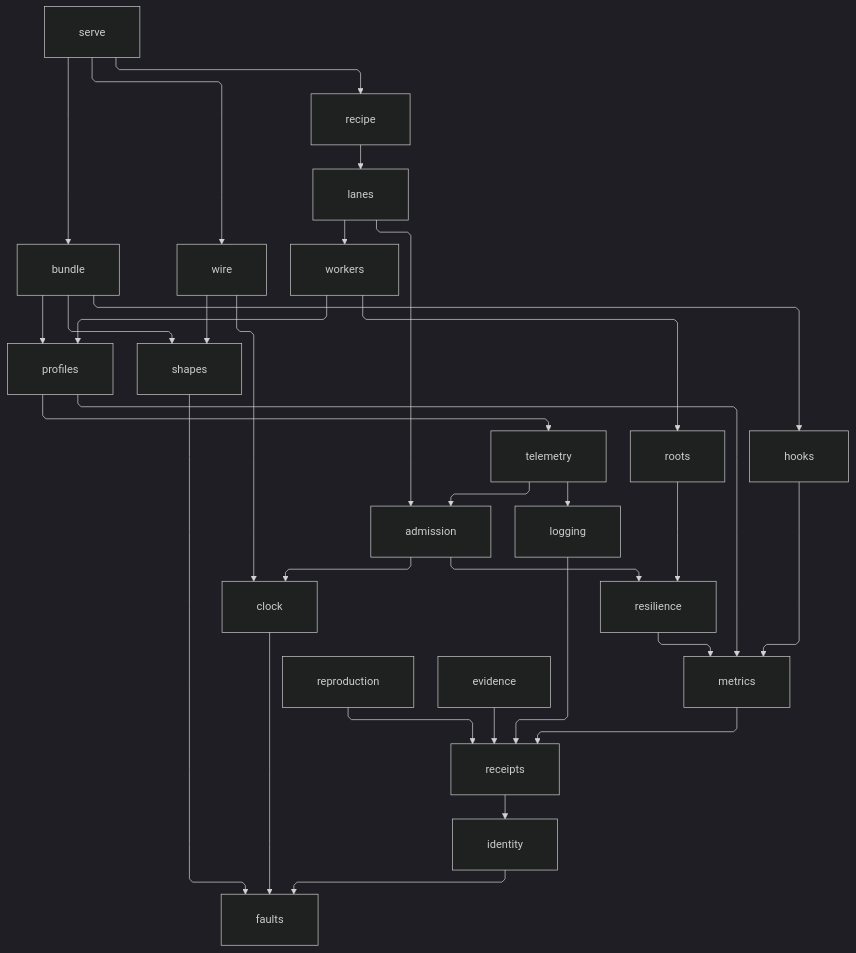
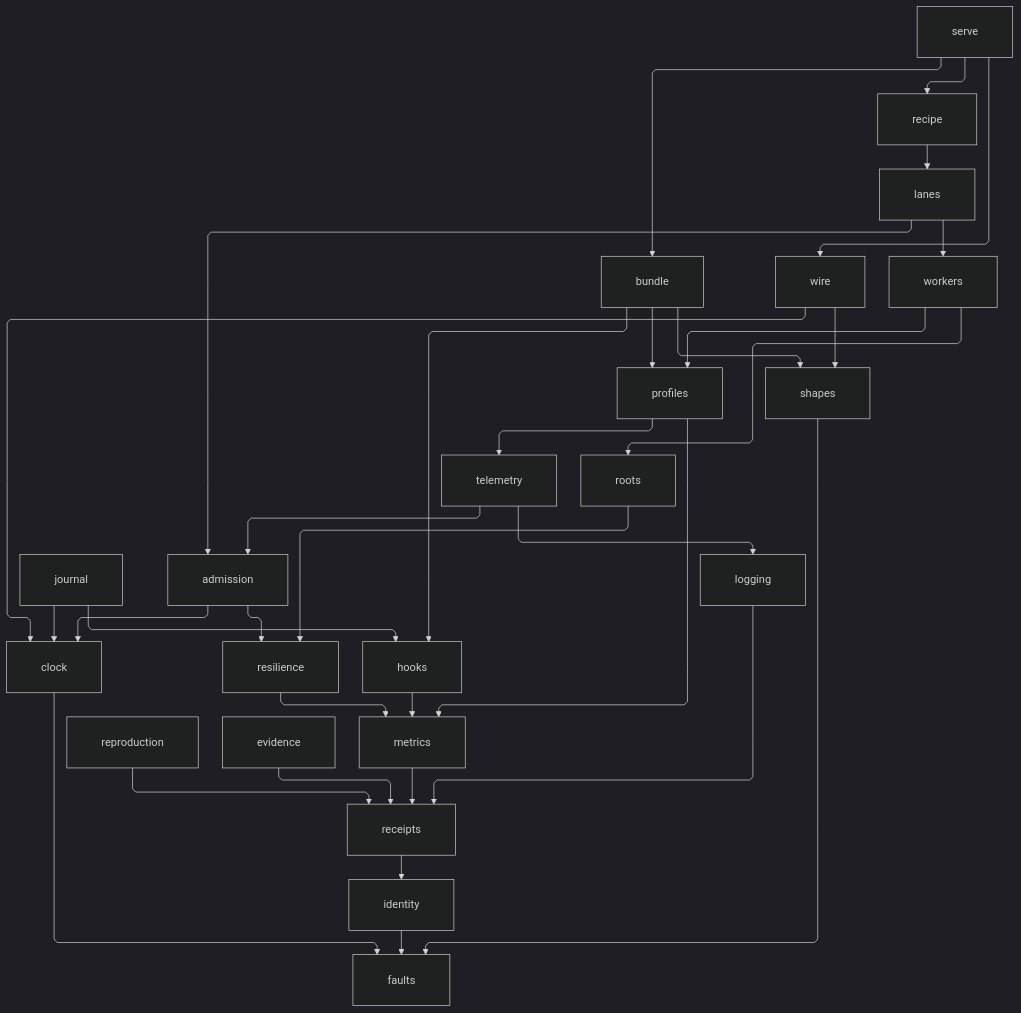
Before and after one commit to bsamiee/Rasm: the first of 3 diagrams in libs/python/runtime/ARCHITECTURE.md, drawn with Mermaid (dark theme). The commit also changed other lines of this file and 249 other files, not shown here.

````diff
--- a/libs/python/runtime/ARCHITECTURE.md
+++ b/libs/python/runtime/ARCHITECTURE.md
@@ -42,63 +43,66 @@
 ```mermaid
 ---
 config:
   layout: elk
   flowchart:
     curve: linear
     padding: 25
 ---
 flowchart TB
     accTitle: Runtime interior import rail
     accDescr: Transitive-reduced module import rail from serve down through the execution and install strata onto the faults root.
     Serve[serve]
     Bundle[bundle]
+    Journal[journal]
     Profiles[profiles]
     Recipe[recipe]
     Telemetry[telemetry]
     Wire[wire]
     Lanes[lanes]
     Roots[roots]
     Admission[admission]
     Workers[workers]
     Shapes[shapes]
     Clock[clock]
     Resilience[resilience]
     Reproduction[reproduction]
     Evidence[evidence]
     Hooks[hooks]
     Metrics[metrics]
     Logging[logging]
     Receipts[receipts]
     Identity[identity]
     Faults[faults]
     Serve r1@--> Recipe
     Serve r2@--> Bundle
     Serve r3@--> Wire
     Bundle r28@--> Profiles
     Bundle r29@--> Hooks
     Bundle r30@--> Shapes
+    Journal r32@--> Hooks
+    Journal r33@--> Clock
     Workers r31@--> Profiles
     Profiles r23@--> Telemetry
     Profiles r24@--> Metrics
     Recipe r4@--> Lanes
     Workers r5@--> Roots
     Telemetry r6@--> Admission
     Telemetry r25@--> Logging
     Lanes r7@--> Admission
     Lanes r8@--> Workers
     Wire r9@--> Clock
     Wire r10@--> Shapes
     Admission r11@--> Clock
     Admission r12@--> Resilience
     Roots r14@--> Resilience
     Resilience r15@--> Metrics
     Hooks r26@--> Metrics
     Metrics r16@--> Receipts
     Logging r27@--> Receipts
     Reproduction r17@--> Receipts
     Evidence r18@--> Receipts
     Receipts r19@--> Identity
     Identity r20@--> Faults
     Shapes r21@--> Faults
     Clock r22@--> Faults
 ```
````
